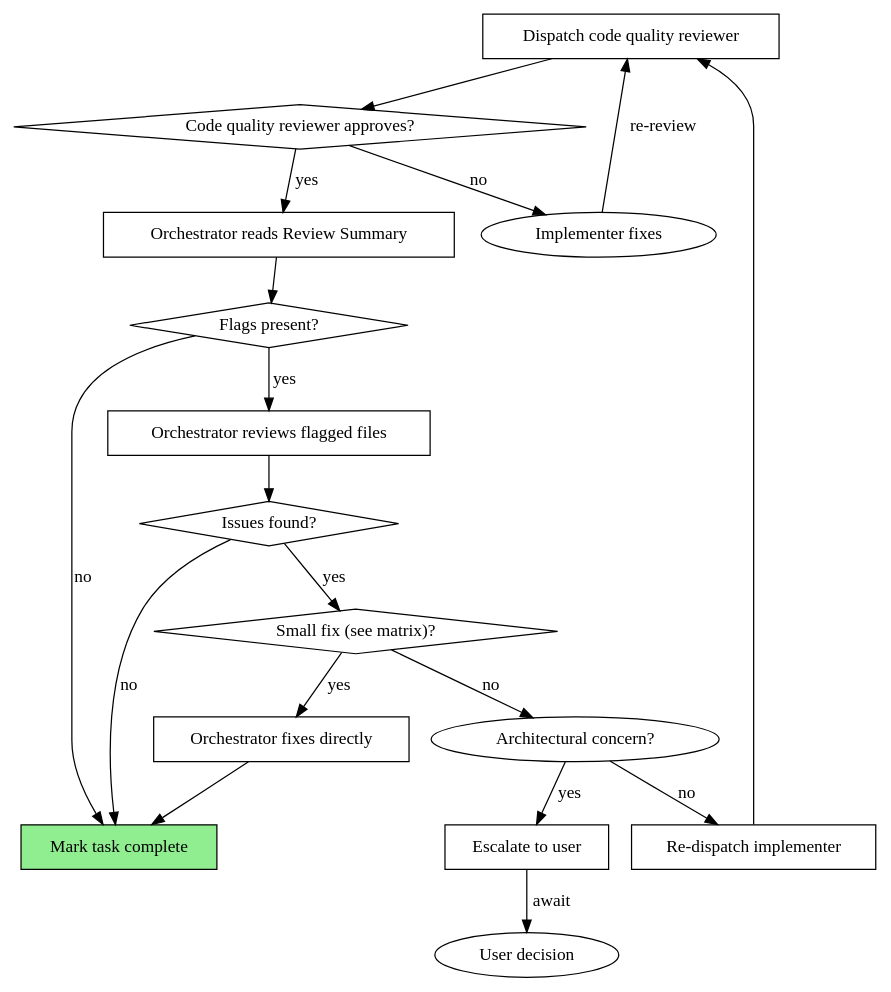
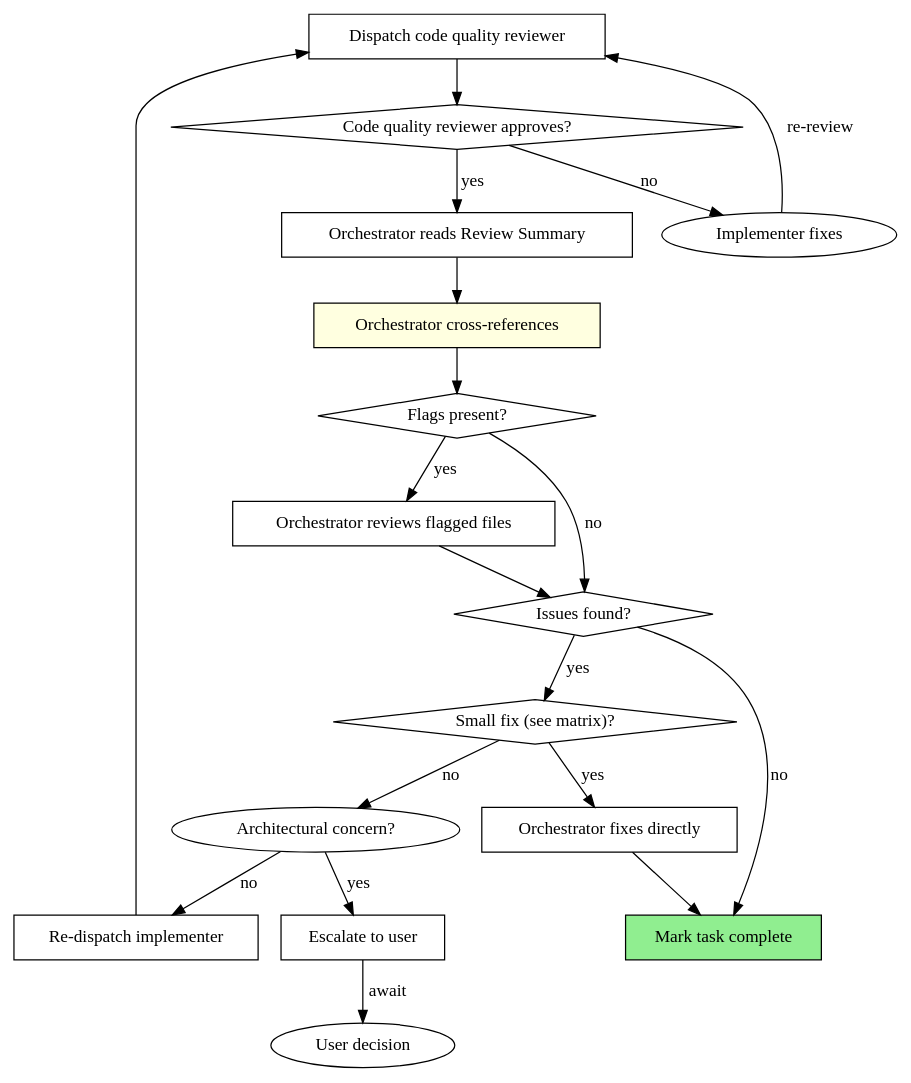
One commit to mariusvniekerk/pi-superpowers-plus changed the diagram in docs/plans/2026-03-20-orchestrator-final-review-design.md. Above: the diagram before and after it, drawn with Graphviz. The commit also changed other lines of this file and 1 other file, not shown here.

Commit message:
fix(subagent-driven): orchestrator always cross-references, flags are hints not gate

````diff
--- a/docs/plans/2026-03-20-orchestrator-final-review-design.md
+++ b/docs/plans/2026-03-20-orchestrator-final-review-design.md
@@ -135,35 +137,37 @@
 ```dot
 digraph process {
     rankdir=TB;
 
     "Dispatch code quality reviewer" [shape=box];
     "Code quality reviewer approves?" [shape=diamond];
     "Orchestrator reads Review Summary" [shape=box];
+    "Orchestrator cross-references" [shape=box style=filled fillcolor=lightyellow];
     "Flags present?" [shape=diamond];
     "Orchestrator reviews flagged files" [shape=box];
     "Issues found?" [shape=diamond];
     "Small fix (see matrix)?" [shape=diamond];
     "Orchestrator fixes directly" [shape=box];
     "Re-dispatch implementer" [shape=box];
     "Escalate to user" [shape=box];
     "Mark task complete" [shape=box style=filled fillcolor=lightgreen];
 
     "Dispatch code quality reviewer" -> "Code quality reviewer approves?";
     "Code quality reviewer approves?" -> "Implementer fixes" [label="no"];
     "Implementer fixes" -> "Dispatch code quality reviewer" [label="re-review"];
     "Code quality reviewer approves?" -> "Orchestrator reads Review Summary" [label="yes"];
-    "Orchestrator reads Review Summary" -> "Flags present?";
-    "Flags present?" -> "Mark task complete" [label="no"];
+    "Orchestrator reads Review Summary" -> "Orchestrator cross-references";
+    "Orchestrator cross-references" -> "Flags present?";
+    "Flags present?" -> "Issues found?" [label="no"];
     "Flags present?" -> "Orchestrator reviews flagged files" [label="yes"];
     "Orchestrator reviews flagged files" -> "Issues found?";
     "Issues found?" -> "Mark task complete" [label="no"];
     "Issues found?" -> "Small fix (see matrix)?" [label="yes"];
     "Small fix (see matrix)?" -> "Orchestrator fixes directly" [label="yes"];
     "Small fix (see matrix)?" -> "Architectural concern?" [label="no"];
     "Architectural concern?" -> "Escalate to user" [label="yes"];
     "Architectural concern?" -> "Re-dispatch implementer" [label="no"];
     "Orchestrator fixes directly" -> "Mark task complete";
     "Re-dispatch implementer" -> "Dispatch code quality reviewer";
     "Escalate to user" -> "User decision" [label="await"];
 }
 ```
````
